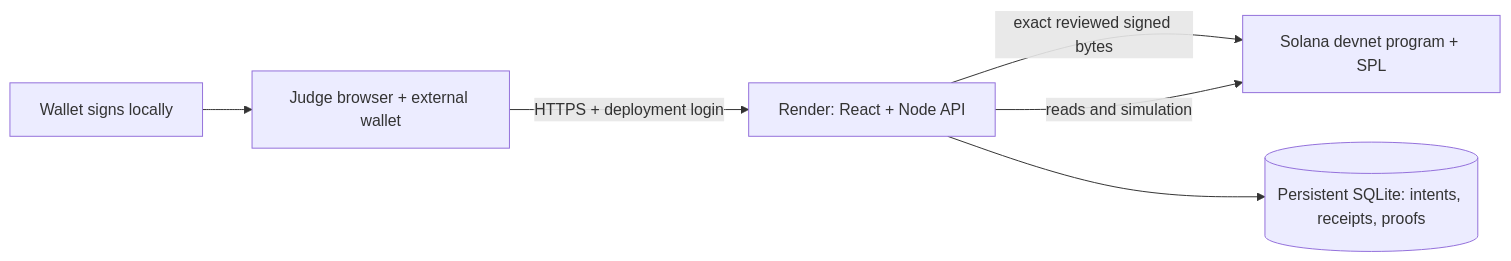
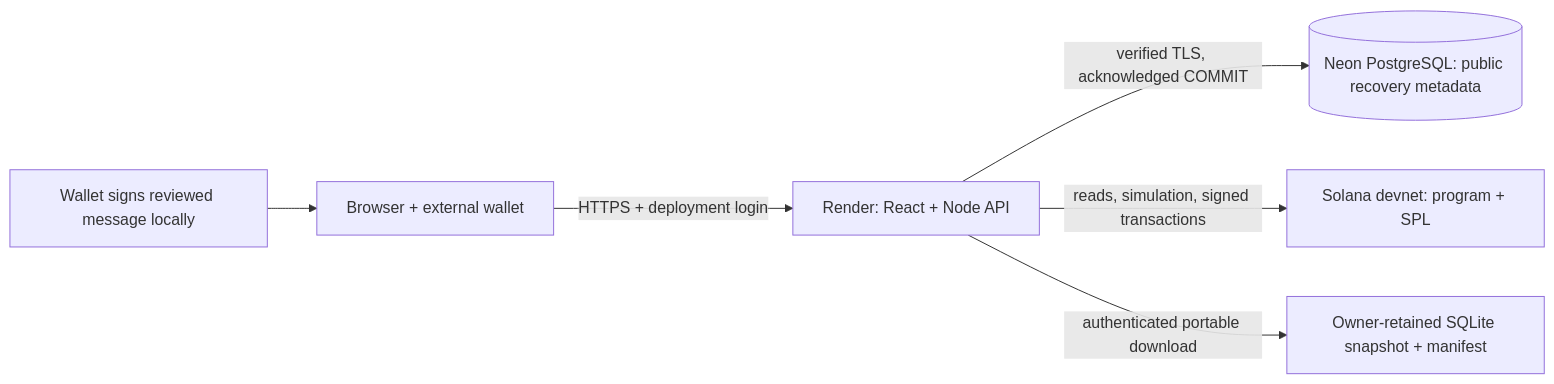
Before and after one commit to dimik98330/solana-worldsfair-2026: the diagram in docs/31-HOSTING.md, drawn with Mermaid. The commit also changed other lines of this file and 49 other files, not shown here.

Commit message:
Prepare durable PostgreSQL hosting with verified Solana lifecycle

````diff
--- a/docs/31-HOSTING.md
+++ b/docs/31-HOSTING.md
@@ -9,8 +9,8 @@
 ```mermaid
 flowchart LR
-  Judge[Judge browser + external wallet] -->|HTTPS + deployment login| App[Render: React + Node API]
-  App -->|exact reviewed signed bytes| Devnet[Solana devnet program + SPL]
-  App --> Store[(Persistent SQLite: intents, receipts, proofs)]
-  App -->|reads and simulation| Devnet
-  Wallet[Wallet signs locally] --> Judge
+  Browser[Browser + external wallet] -->|HTTPS + deployment login| App[Render: React + Node API]
+  App -->|verified TLS, acknowledged COMMIT| PG[(Neon PostgreSQL: public recovery metadata)]
+  App -->|reads, simulation, signed transactions| Solana[Solana devnet: program + SPL]
+  Wallet[Wallet signs reviewed message locally] --> Browser
+  App -->|authenticated portable download| Backup[Owner-retained SQLite snapshot + manifest]
 ```
````
